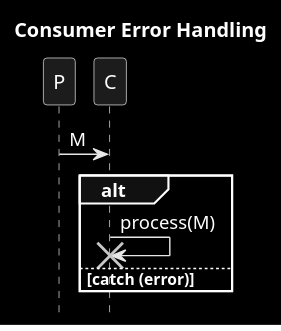
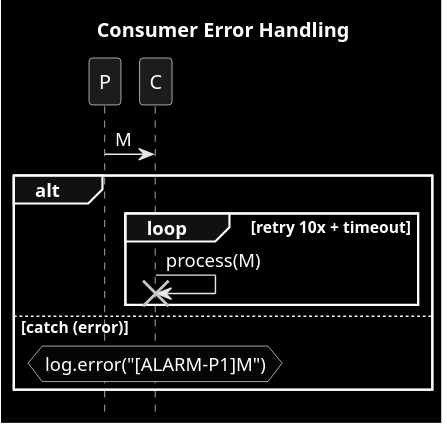
Before and after one commit to victorrentea/kafka: the diagram in patterns/6_c_errors.puml, drawn with PlantUML. The commit also changed 13 other files, not shown here.

```diff
--- a/patterns/6_c_errors.puml
+++ b/patterns/6_c_errors.puml
@@ -1,18 +1,20 @@
 @startuml
 title Consumer Error Handling
 hide footbox
 skinparam monochrome reverse
 
 P->C: M
 alt
-'    loop timed retry 10
+    loop retry 10x + timeout
         C->C!!: process(M)
-'    end
+    end
 else catch (error)
-'    hnote over C: retry N times ± max time
-'    hnote over C: log.error("[ALARM-P1]M")
-'    C->B: M to DLQ
+    hnote over C: log.error("[ALARM-P1]M")
+
+'    C->DLQ: M
+'    hnote over DLQ: alarm\n±manual replay
+
 '    C->B: PaymentFailedEvent
 end
 
 @enduml
```
